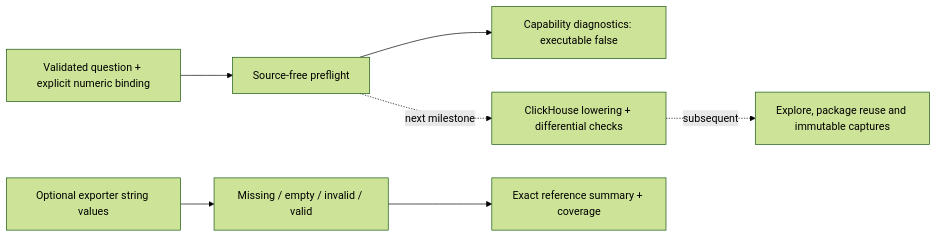
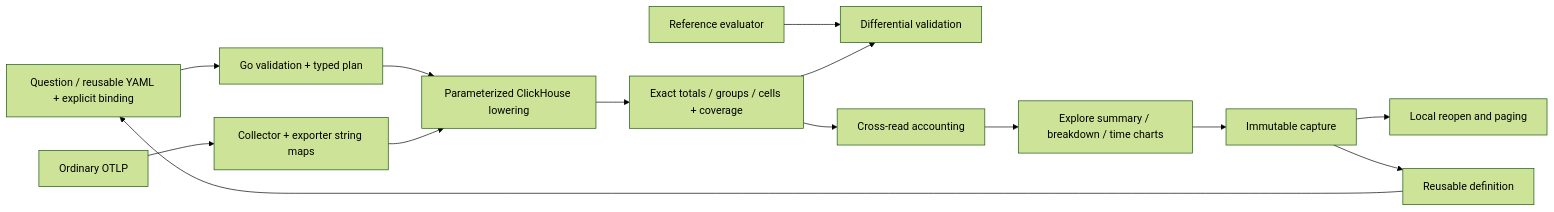
One commit to casselc/goo changed the diagram in docs/NUMERIC_ATTRIBUTE_PLANNING.md. Above: the diagram before and after it, drawn with Mermaid (forest theme). The commit also changed other lines of this file and 58 other files, not shown here.

Commit message:
Execute numeric attribute measures across Explore and captures

````diff
--- a/docs/NUMERIC_ATTRIBUTE_PLANNING.md
+++ b/docs/NUMERIC_ATTRIBUTE_PLANNING.md
@@ -70,9 +108,14 @@
 ```mermaid
 flowchart LR
-  Q[Validated question + explicit numeric binding] --> P[Source-free preflight]
-  P --> D[Capability diagnostics: executable false]
-  V[Optional exporter string values] --> C[Missing / empty / invalid / valid]
-  C --> R[Exact reference summary + coverage]
-  P -. next milestone .-> S[ClickHouse lowering + differential checks]
-  S -. subsequent .-> U[Explore, package reuse and immutable captures]
+  Q[Question / reusable YAML + explicit binding] --> P[Go validation + typed plan]
+  P --> C[Parameterized ClickHouse lowering]
+  O[Ordinary OTLP] --> X[Collector + exporter string maps] --> C
+  C --> R[Exact totals / groups / cells + coverage]
+  V[Reference evaluator] --> T[Differential validation]
+  R --> T
+  R --> A[Cross-read accounting]
+  A --> UI[Explore summary / breakdown / time charts]
+  UI --> S[Immutable capture]
+  S --> F[Local reopen and paging]
+  S --> Y[Reusable definition] --> Q
 ```
````
